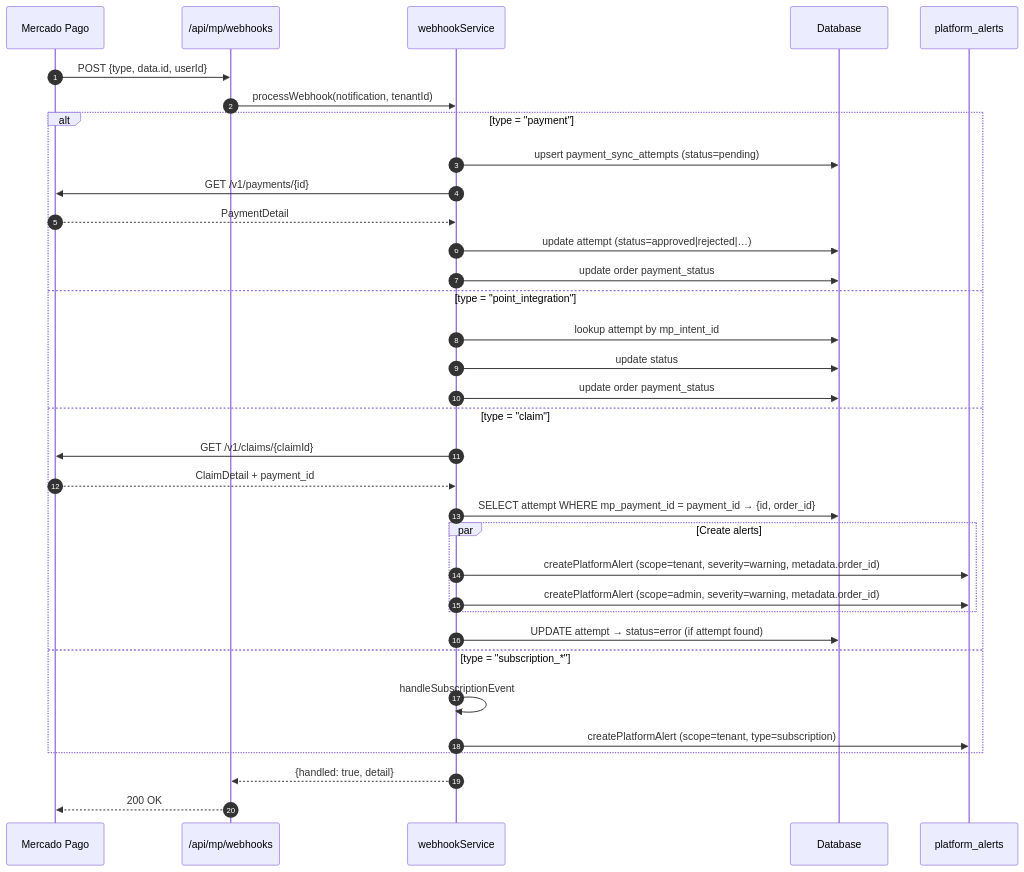
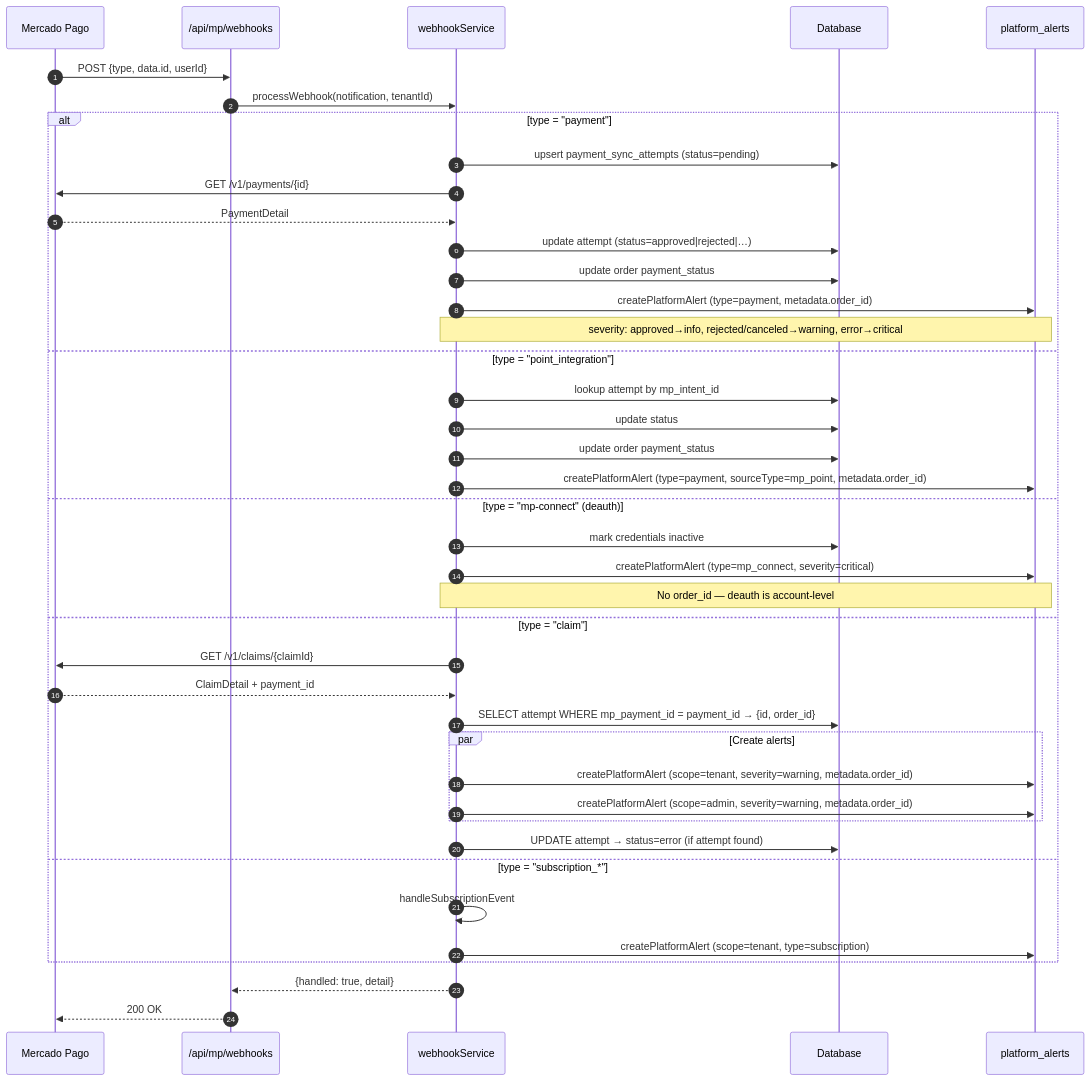
Before and after one commit to BarreraSlzr/orders_managment: the second of 8 diagrams in docs/ALERTS_WEBHOOK_FLOWS.md, drawn with Mermaid. The commit also changed other lines of this file and 7 other files, not shown here.

````diff
--- a/docs/ALERTS_WEBHOOK_FLOWS.md
+++ b/docs/ALERTS_WEBHOOK_FLOWS.md
@@ -38,39 +38,46 @@
 ```mermaid
 sequenceDiagram
     autonumber
     participant MP as Mercado Pago
     participant API as /api/mp/webhooks
     participant WS as webhookService
     participant DB as Database
     participant AL as platform_alerts
 
     MP->>API: POST {type, data.id, userId}
     API->>WS: processWebhook(notification, tenantId)
 
     alt type = "payment"
         WS->>DB: upsert payment_sync_attempts (status=pending)
         WS->>MP: GET /v1/payments/{id}
         MP-->>WS: PaymentDetail
         WS->>DB: update attempt (status=approved|rejected|…)
         WS->>DB: update order payment_status
+        WS->>AL: createPlatformAlert (type=payment, metadata.order_id)
+        Note over WS,AL: severity: approved→info, rejected/canceled→warning, error→critical
     else type = "point_integration"
         WS->>DB: lookup attempt by mp_intent_id
         WS->>DB: update status
         WS->>DB: update order payment_status
+        WS->>AL: createPlatformAlert (type=payment, sourceType=mp_point, metadata.order_id)
+    else type = "mp-connect" (deauth)
+        WS->>DB: mark credentials inactive
+        WS->>AL: createPlatformAlert (type=mp_connect, severity=critical)
+        Note over WS,AL: No order_id — deauth is account-level
     else type = "claim"
         WS->>MP: GET /v1/claims/{claimId}
         MP-->>WS: ClaimDetail + payment_id
         WS->>DB: SELECT attempt WHERE mp_payment_id = payment_id → {id, order_id}
         par Create alerts
             WS->>AL: createPlatformAlert (scope=tenant, severity=warning, metadata.order_id)
             WS->>AL: createPlatformAlert (scope=admin, severity=warning, metadata.order_id)
         end
         WS->>DB: UPDATE attempt → status=error (if attempt found)
     else type = "subscription_*"
         WS->>WS: handleSubscriptionEvent
         WS->>AL: createPlatformAlert (scope=tenant, type=subscription)
     end
 
     WS-->>API: {handled: true, detail}
     API-->>MP: 200 OK
 ```
````
